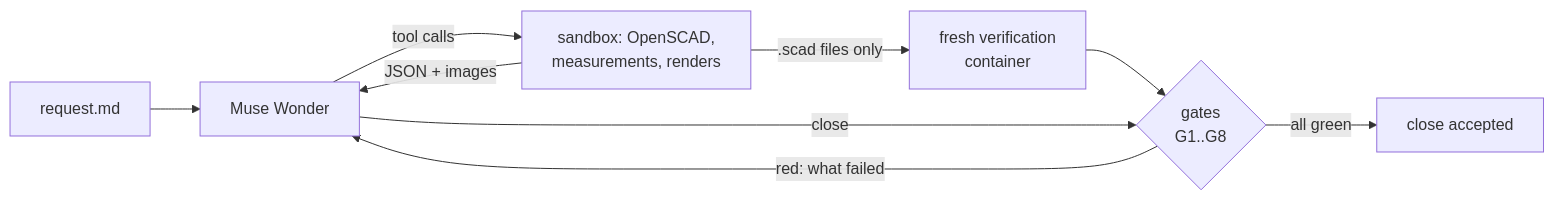
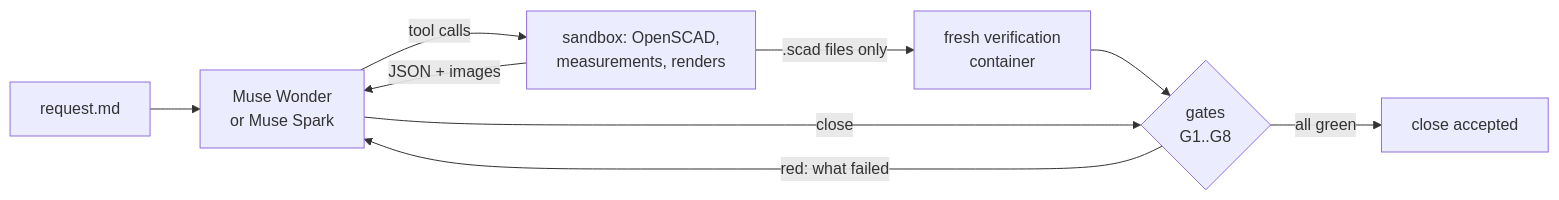
One commit to Juanpighelfi/cadverify-ai changed the diagram in README.md. Above: the diagram before and after it, drawn with Mermaid. The commit also changed other lines of this file and 3333 other files, not shown here.

First line of the commit message:
Bench: each request three times on Wonder and on Spark

````diff
--- a/README.md
+++ b/README.md
@@ -25,11 +33,11 @@
 ```mermaid
 flowchart LR
-    request["request.md"] --> model["Muse Wonder"]
+    request["request.md"] --> model["Muse Wonder<br/>or Muse Spark"]
     model -- "tool calls" --> sandbox["sandbox: OpenSCAD,<br/>measurements, renders"]
     sandbox -- "JSON + images" --> model
     sandbox -- ".scad files only" --> verify["fresh verification<br/>container"]
     verify --> gates{"gates<br/>G1..G8"}
     model -- "close" --> gates
     gates -- "red: what failed" --> model
     gates -- "all green" --> done["close accepted"]
 ```
````
